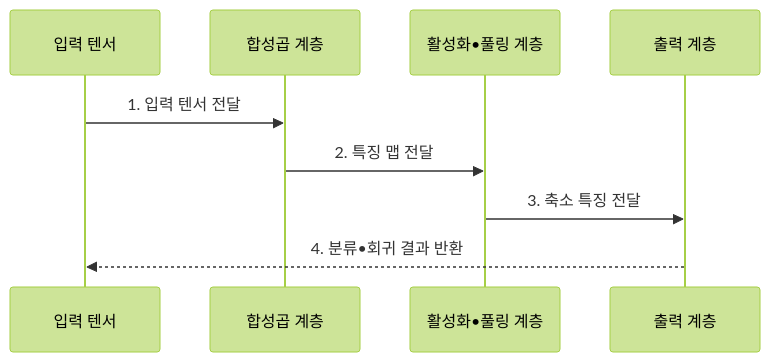
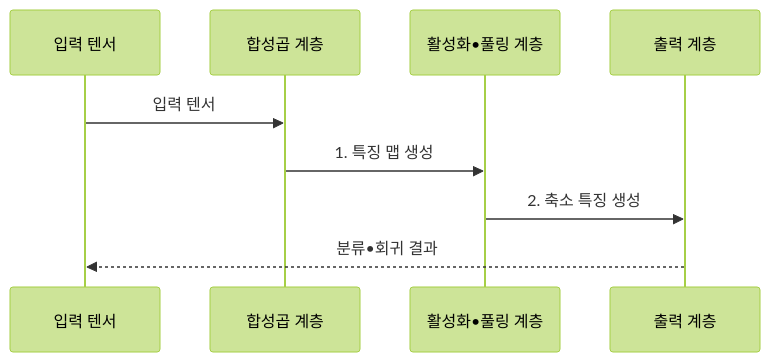
Before and after one commit to agnusdei1207/knowledge-base: the second of 2 diagrams in src/content/docs/notes/01-basic-theory/043_cnn.md, drawn with Mermaid (forest theme). The commit also changed other lines of this file and 20 other files, not shown here.

````diff
--- a/src/content/docs/notes/01-basic-theory/043_cnn.md
+++ b/src/content/docs/notes/01-basic-theory/043_cnn.md
@@ -92,11 +92,11 @@
 ```mermaid
 sequenceDiagram
     participant I as 입력 텐서
     participant C as 합성곱 계층
     participant A as 활성화•풀링 계층
     participant H as 출력 계층
-    I->>C: 1. 입력 텐서 전달
-    C->>A: 2. 특징 맵 전달
-    A->>H: 3. 축소 특징 전달
-    H-->>I: 4. 분류•회귀 결과 반환
+    I->>C: 입력 텐서
+    C->>A: 1. 특징 맵 생성
+    A->>H: 2. 축소 특징 생성
+    H-->>I: 분류•회귀 결과
 ```
````
